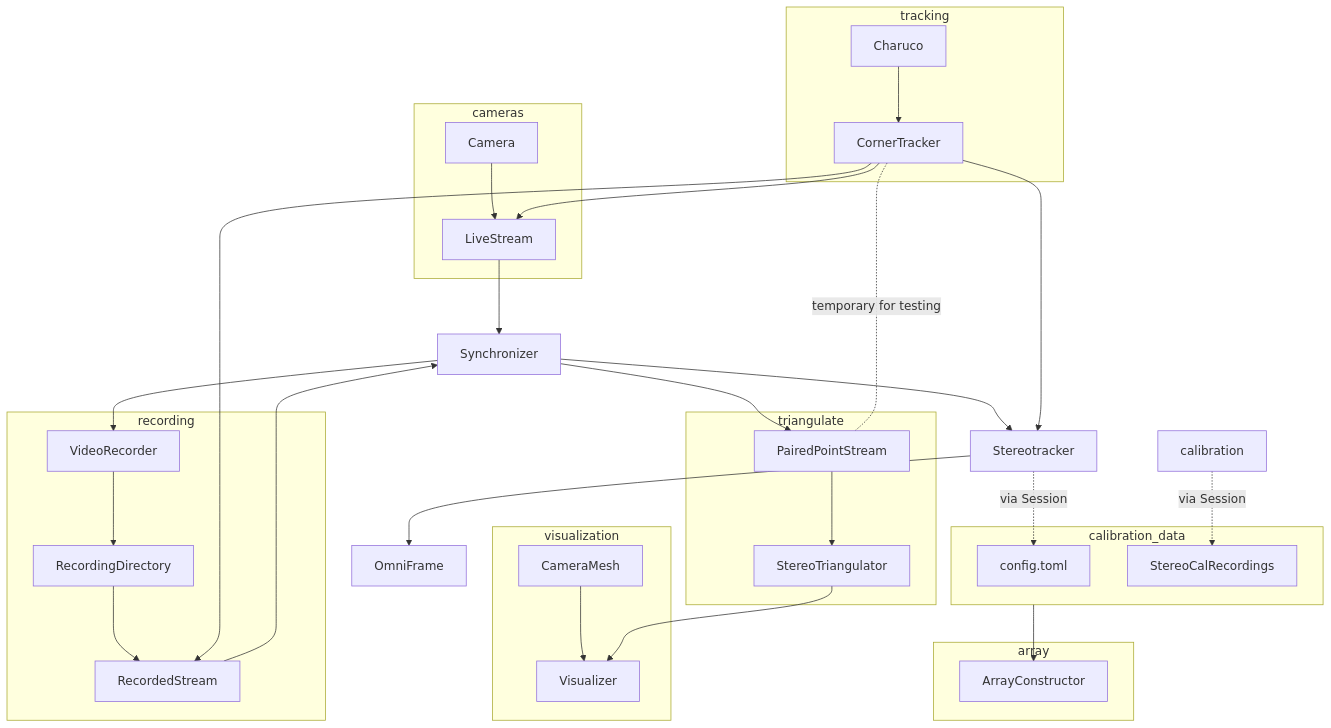
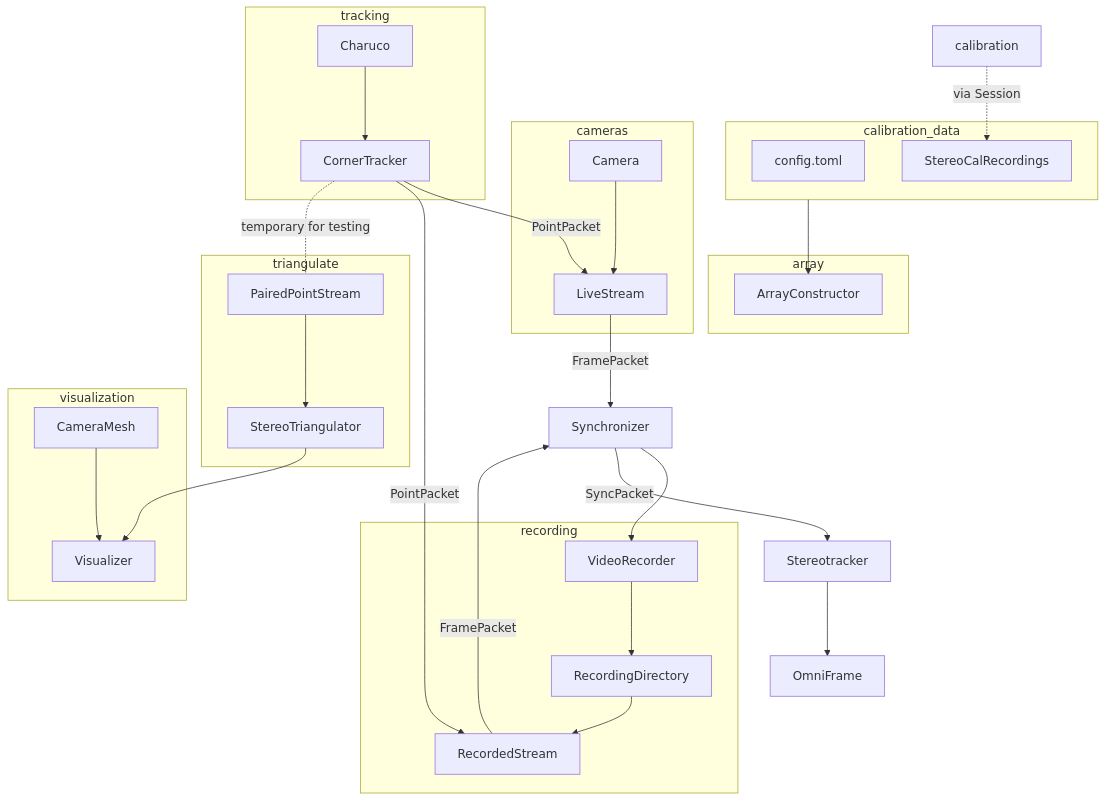
One commit to mprib/caliscope changed the diagram in README.md. Above: the diagram before and after it, drawn with Mermaid. The commit also changed other lines of this file, not shown here.

Commit message:
reflect current state of the branch

````diff
--- a/README.md
+++ b/README.md
@@ -13,57 +7,54 @@
 ```mermaid
 graph TD
 
 
-LiveStream --> Synchronizer
-RecordedStream --> Synchronizer
+LiveStream --FramePacket--> Synchronizer
+RecordedStream --FramePacket--> Synchronizer
 Synchronizer --> VideoRecorder
 
 subgraph cameras
 Camera --> LiveStream
 end
 subgraph tracking
 Charuco --> CornerTracker
-CornerTracker --> LiveStream
+CornerTracker --PointPacket--> LiveStream
 end
 
 subgraph recording
 VideoRecorder --> RecordingDirectory
 RecordingDirectory --> RecordedStream
 end
 
-Synchronizer --> Stereotracker
+Synchronizer --SyncPacket--> Stereotracker
 
-CornerTracker --> Stereotracker
 Stereotracker --> OmniFrame
 
 
 subgraph calibration_data
 config.toml
 StereoCalRecordings
 end
 
-CornerTracker --> RecordedStream
+CornerTracker --PointPacket--> RecordedStream
 
-Stereotracker -.via Session.-> config.toml
 calibration -.via Session.-> StereoCalRecordings
 calibration_data --> ArrayConstructor
 
 subgraph array
 ArrayConstructor
 end
 
-Synchronizer --> PairedPointStream 
 
 
 CornerTracker -.temporary for testing.- PairedPointStream
 
 subgraph triangulate
 PairedPointStream --> StereoTriangulator
 end
 
 subgraph visualization
 CameraMesh --> Visualizer
 StereoTriangulator --> Visualizer
 end
 
 ```
````
